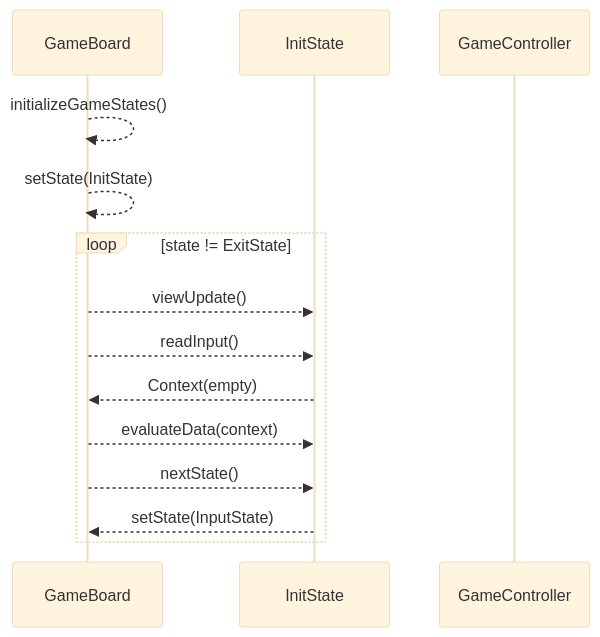
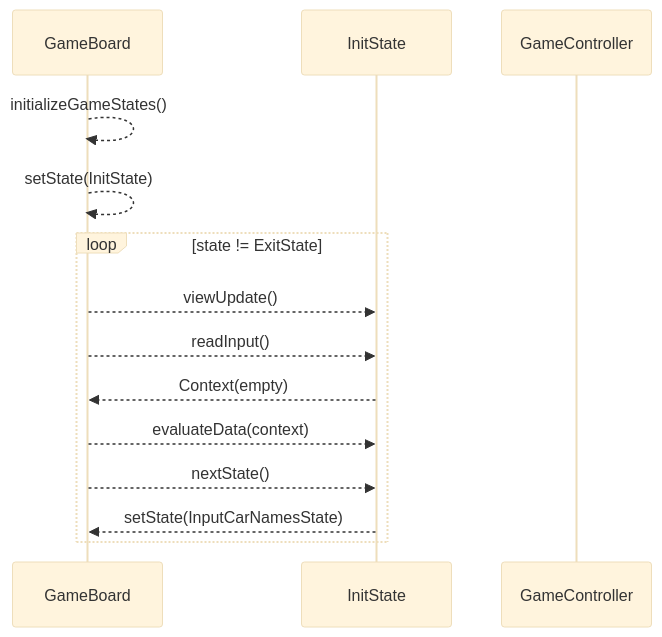
One commit to digiry/java-racingcar-precourse changed the second of 8 diagrams in docs/sequence_diagram.md. Above: the diagram before and after it, drawn with Mermaid (base theme).

Commit message:
docs: fix typo

````diff
--- a/docs/sequence_diagram.md
+++ b/docs/sequence_diagram.md
@@ -32,21 +32,21 @@
 ```mermaid
 sequenceDiagram
     participant GameBoard
     participant InitState
     participant GameController
 
     GameBoard -->> GameBoard: initializeGameStates()
     GameBoard -->> GameBoard: setState(InitState)
 
     loop state != ExitState
         GameBoard -->> InitState: viewUpdate()
 
         GameBoard -->> InitState: readInput()
         InitState -->> GameBoard : Context(empty)
 
         GameBoard -->> InitState : evaluateData(context)
 
         GameBoard -->> InitState: nextState()
-        InitState -->> GameBoard: setState(InputState)
+        InitState -->> GameBoard: setState(InputCarNamesState)
     end
 ```
````
